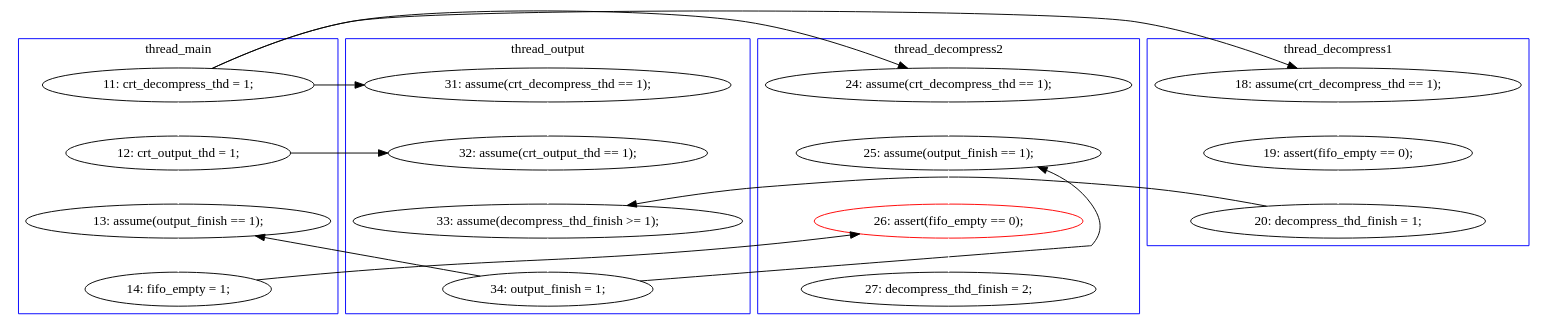
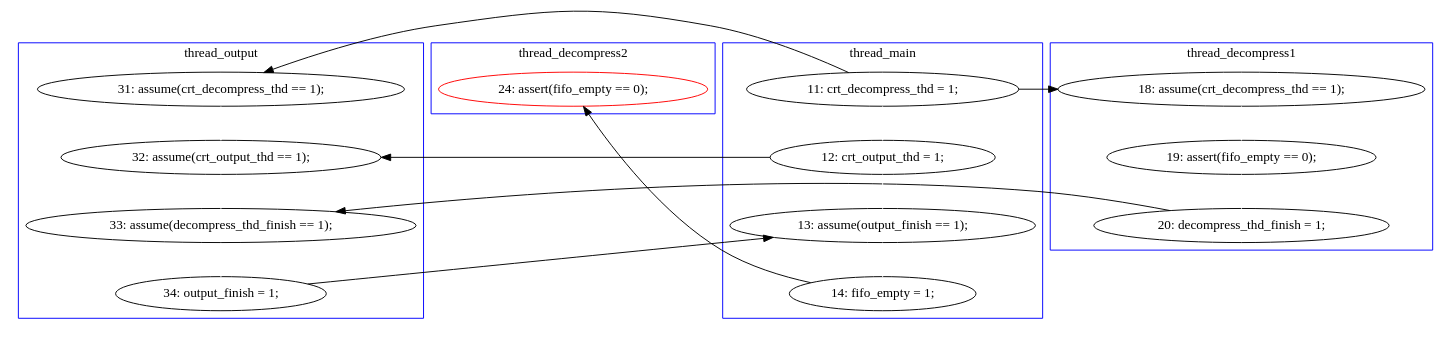
Before and after one commit to hylhp/cav14-model: the diagram in pbzip2.mixed/B-1-graph-gen.dot, drawn with Graphviz. The commit also changed 22 other files, not shown here.

```diff
--- a/pbzip2.mixed/B-1-graph-gen.dot
+++ b/pbzip2.mixed/B-1-graph-gen.dot
@@ -1,52 +1,44 @@
 digraph Counterexample {
-	7 -> 16 [color = white, style = solid]
+	12 -> 14 [color = white, style = solid]
+	20 -> 23 [color = black, style = solid, constraint = false]
+	25 -> 32 [color = black, style = solid, constraint = false]
 	19 -> 20 [color = white, style = solid]
-	21 -> 27 [color = black, style = solid, constraint = false]
-	7 -> 14 [color = black, style = solid, constraint = false]
-	31 -> 34 [color = white, style = solid]
-	15 -> 18 [color = white, style = solid]
-	22 -> 31 [color = white, style = solid]
-	17 -> 22 [color = white, style = solid]
-	12 -> 15 [color = white, style = solid]
-	18 -> 20 [color = black, style = solid, constraint = false]
-	27 -> 30 [color = white, style = solid]
-	30 -> 31 [color = black, style = solid, constraint = false]
-	16 -> 19 [color = black, style = solid, constraint = false]
+	16 -> 17 [color = white, style = solid]
+	15 -> 16 [color = white, style = solid]
+	23 -> 25 [color = white, style = solid]
+	17 -> 19 [color = black, style = solid, constraint = false]
+	10 -> 23 [color = white, style = solid]
+	9 -> 10 [color = white, style = solid]
 	14 -> 19 [color = white, style = solid]
-	16 -> 27 [color = white, style = solid]
-	7 -> 17 [color = black, style = solid, constraint = false]
-	21 -> 22 [color = black, style = solid, constraint = false]
-	7 -> 12 [color = black, style = solid, constraint = false]
-	20 -> 21 [color = white, style = solid]
+	9 -> 12 [color = black, style = solid, constraint = false]
+	10 -> 14 [color = black, style = solid, constraint = false]
+	9 -> 15 [color = black, style = solid, constraint = false]
+	subgraph cluster3 {
+		label = thread_decompress2
+		color = blue
+		32  [label = "24: assert(fifo_empty == 0);", color = red]
+	}
 	subgraph cluster1 {
 		label = thread_main
 		color = blue
-		27  [label = "13: assume(output_finish == 1);"]
-		30  [label = "14: fifo_empty = 1;"]
-		7  [label = "11: crt_decompress_thd = 1;"]
-		16  [label = "12: crt_output_thd = 1;"]
-	}
-	subgraph cluster3 {
-		label = thread_decompress2
-		color = blue
-		34  [label = "27: decompress_thd_finish = 2;"]
-		17  [label = "24: assume(crt_decompress_thd == 1);"]
-		31  [label = "26: assert(fifo_empty == 0);", color = red]
-		22  [label = "25: assume(output_finish == 1);"]
+		23  [label = "13: assume(output_finish == 1);"]
+		9  [label = "11: crt_decompress_thd = 1;"]
+		10  [label = "12: crt_output_thd = 1;"]
+		25  [label = "14: fifo_empty = 1;"]
 	}
 	subgraph cluster2 {
 		label = thread_decompress1
 		color = blue
-		18  [label = "20: decompress_thd_finish = 1;"]
-		12  [label = "18: assume(crt_decompress_thd == 1);"]
-		15  [label = "19: assert(fifo_empty == 0);"]
+		15  [label = "18: assume(crt_decompress_thd == 1);"]
+		16  [label = "19: assert(fifo_empty == 0);"]
+		17  [label = "20: decompress_thd_finish = 1;"]
 	}
 	subgraph cluster4 {
 		label = thread_output
 		color = blue
-		19  [label = "32: assume(crt_output_thd == 1);"]
-		14  [label = "31: assume(crt_decompress_thd == 1);"]
-		20  [label = "33: assume(decompress_thd_finish >= 1);"]
-		21  [label = "34: output_finish = 1;"]
+		14  [label = "32: assume(crt_output_thd == 1);"]
+		19  [label = "33: assume(decompress_thd_finish == 1);"]
+		20  [label = "34: output_finish = 1;"]
+		12  [label = "31: assume(crt_decompress_thd == 1);"]
 	}
 }
```
